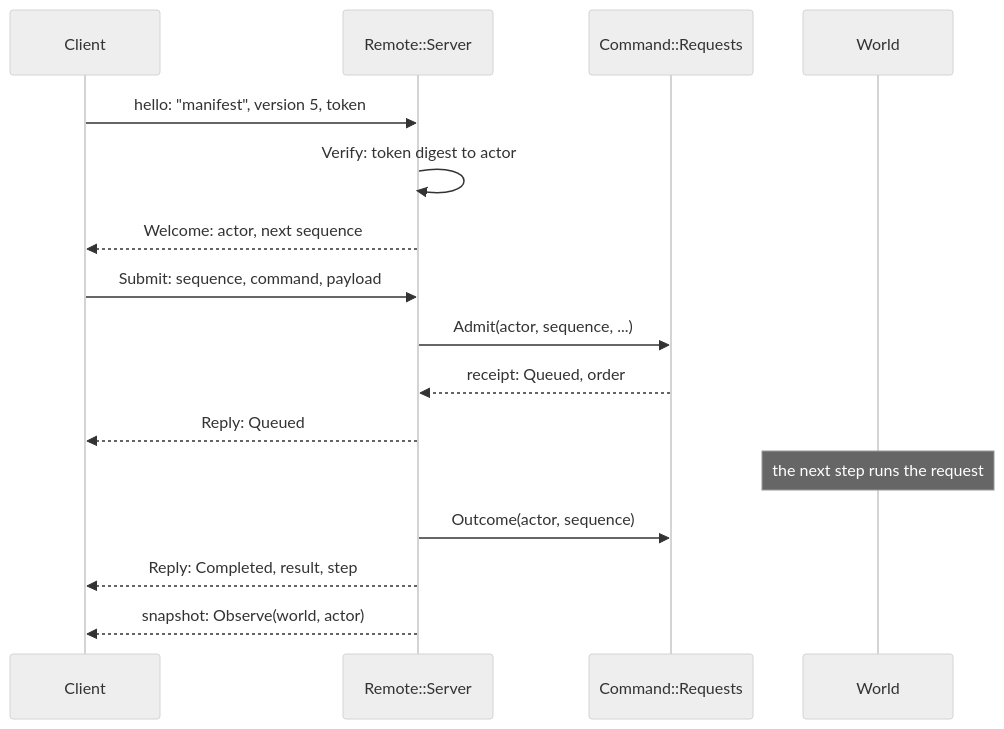
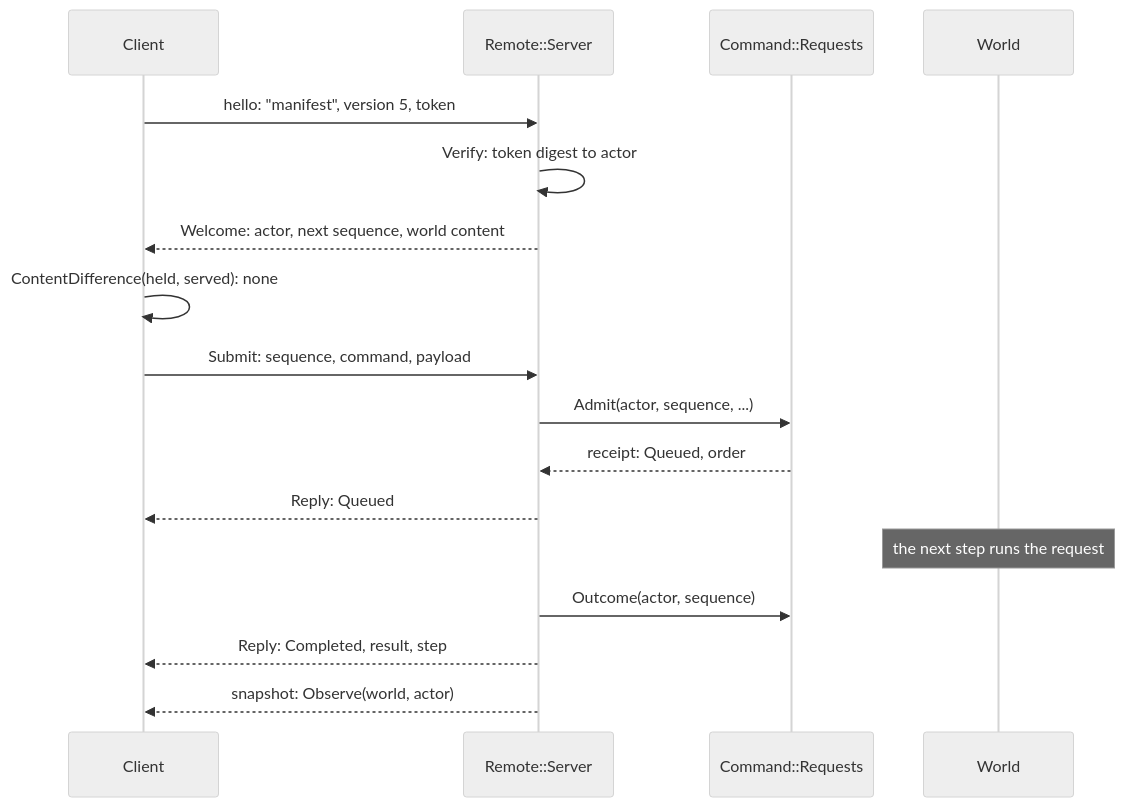
One commit to ivanhawkes/manifest changed the first of 2 diagrams in docs/server.md. Above: the diagram before and after it, drawn with Mermaid (neutral theme). The commit also changed other lines of this file and 22 other files, not shown here.

````diff
--- a/docs/server.md
+++ b/docs/server.md
@@ -58,18 +58,19 @@
 ```mermaid
 sequenceDiagram
     participant C as Client
     participant S as Remote::Server
     participant R as Command::Requests
     participant W as World
     C->>S: hello: "manifest", version 5, token
     S->>S: Verify: token digest to actor
-    S-->>C: Welcome: actor, next sequence
+    S-->>C: Welcome: actor, next sequence, world content
+    C->>C: ContentDifference(held, served): none
     C->>S: Submit: sequence, command, payload
     S->>R: Admit(actor, sequence, ...)
     R-->>S: receipt: Queued, order
     S-->>C: Reply: Queued
     Note over W: the next step runs the request
     S->>R: Outcome(actor, sequence)
     S-->>C: Reply: Completed, result, step
     S-->>C: snapshot: Observe(world, actor)
 ```
````
